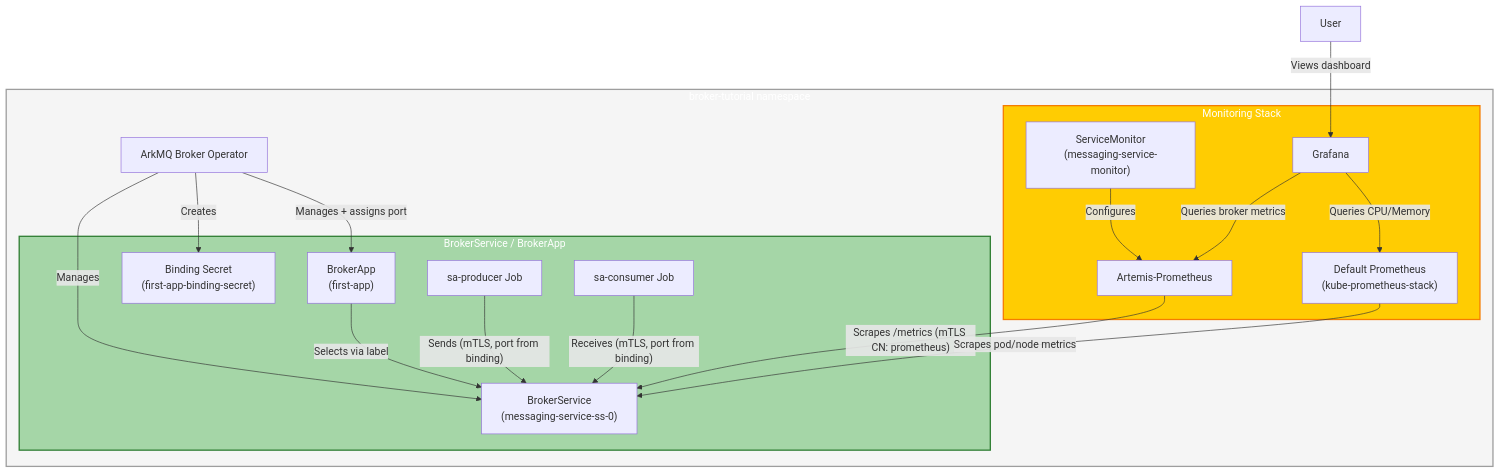
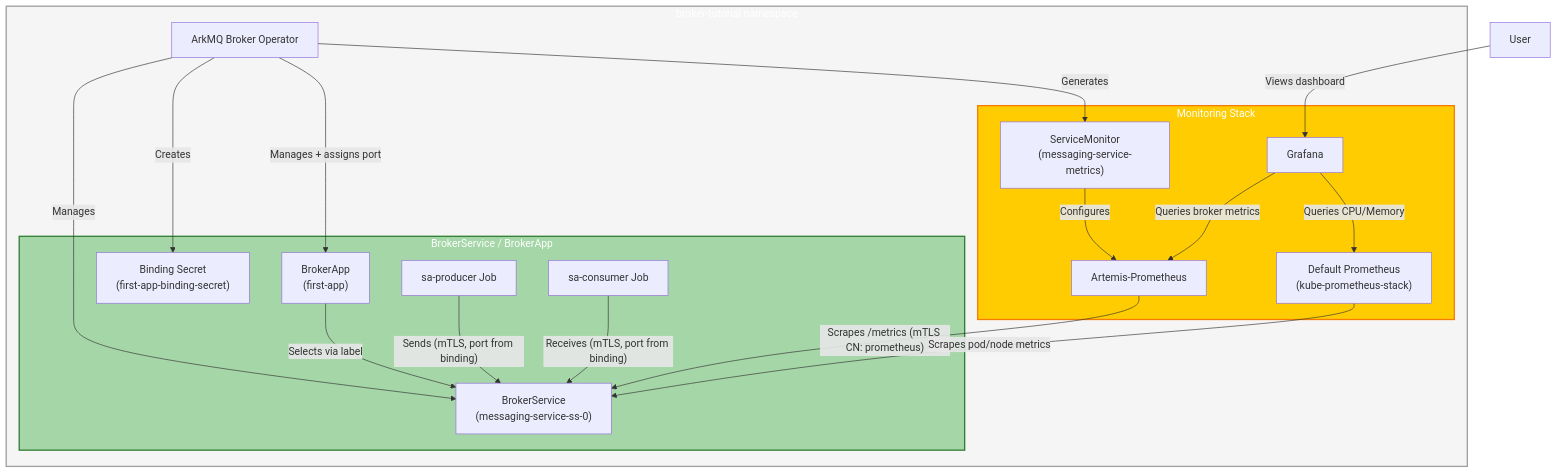
One commit to rh-messaging/activemq-artemis-operator changed the second of 2 diagrams in docs/tutorials/secure_messaging_with_monitoring.md. Above: the diagram before and after it, drawn with Mermaid. The commit also changed other lines of this file and 1 other file, not shown here.

First line of the commit message:
[#1515] Let the tutorials rely on the generated ServiceMonitor

````diff
--- a/docs/tutorials/secure_messaging_with_monitoring.md
+++ b/docs/tutorials/secure_messaging_with_monitoring.md
@@ -105,41 +105,42 @@
 ```mermaid
 graph TD
     subgraph broker_tutorial ["broker-tutorial namespace"]
         Operator["ArkMQ Broker Operator"]
 
         subgraph sa_scenario ["BrokerService / BrokerApp"]
             BrokerSvc["BrokerService<br/>(messaging-service-ss-0)"]
             BrokerApp["BrokerApp<br/>(first-app)"]
             BindingSecret["Binding Secret<br/>(first-app-binding-secret)"]
             SAProducer["sa-producer Job"]
             SAConsumer["sa-consumer Job"]
         end
 
         subgraph monitoring ["Monitoring Stack"]
-            ServiceMonitor["ServiceMonitor<br/>(messaging-service-monitor)"]
+            ServiceMonitor["ServiceMonitor<br/>(messaging-service-metrics)"]
             ArtemisProm["Artemis-Prometheus"]
             DefaultProm["Default Prometheus<br/>(kube-prometheus-stack)"]
             Grafana["Grafana"]
         end
     end
 
     Operator -->|"Manages"| BrokerSvc
     Operator -->|"Manages + assigns port"| BrokerApp
     Operator -->|"Creates"| BindingSecret
 
     BrokerApp -->|"Selects via label"| BrokerSvc
     SAProducer -->|"Sends (mTLS, port from binding)"| BrokerSvc
     SAConsumer -->|"Receives (mTLS, port from binding)"| BrokerSvc
 
+    Operator -->|"Generates"| ServiceMonitor
     ServiceMonitor -->|"Configures"| ArtemisProm
     ArtemisProm -->|"Scrapes /metrics (mTLS CN: prometheus)"| BrokerSvc
     DefaultProm -->|"Scrapes pod/node metrics"| BrokerSvc
     Grafana -->|"Queries broker metrics"| ArtemisProm
     Grafana -->|"Queries CPU/Memory"| DefaultProm
 
     style sa_scenario fill:#a5d6a7,stroke:#2e7d32,stroke-width:2px,color:#ffffff
     style monitoring fill:#ffcc02,stroke:#f57c00,stroke-width:2px,color:#ffffff
     style broker_tutorial fill:#f5f5f5,stroke:#9e9e9e,stroke-width:2px,color:#ffffff
 
     User["User"] -->|"Views dashboard"| Grafana
 ```
````
